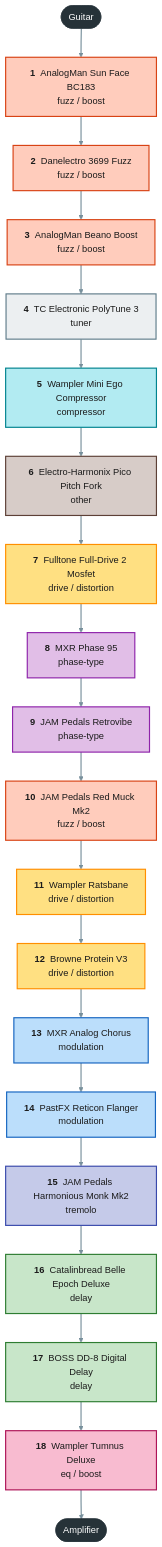
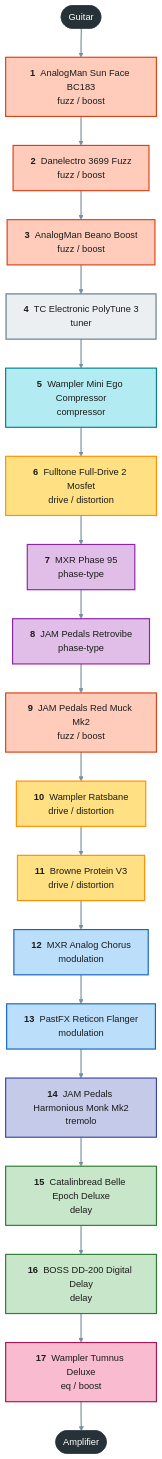
Before and after one commit to pedroacvieira/pedalboard: the first of 2 diagrams in projects/guitar-gig/README.md, drawn with Mermaid. The commit also changed other lines of this file and 8 other files, not shown here.

First line of the commit message:
guitar-gig: 2026-11-04 layout, DD-200 replaces the DD-8, Pico Pitch Fork removed

````diff
--- a/projects/guitar-gig/README.md
+++ b/projects/guitar-gig/README.md
@@ -18,36 +19,34 @@
 ```mermaid
 flowchart TB
     guitar(["Guitar"]):::endpoint
     sun_face["<b>1</b> &nbsp;AnalogMan Sun Face BC183<br/>fuzz / boost"]:::c_fuzz___boost
     danelectro_3699["<b>2</b> &nbsp;Danelectro 3699 Fuzz<br/>fuzz / boost"]:::c_fuzz___boost
     beano["<b>3</b> &nbsp;AnalogMan Beano Boost<br/>fuzz / boost"]:::c_fuzz___boost
     polytune_3["<b>4</b> &nbsp;TC Electronic PolyTune 3<br/>tuner"]:::c_tuner
     mini_ego["<b>5</b> &nbsp;Wampler Mini Ego Compressor<br/>compressor"]:::c_compressor
-    ehx_pico_pitch_fork["<b>6</b> &nbsp;Electro-Harmonix Pico Pitch Fork<br/>other"]:::c_other
-    fulldrive_2["<b>7</b> &nbsp;Fulltone Full-Drive 2 Mosfet<br/>drive / distortion"]:::c_drive___distortion
-    phase_95["<b>8</b> &nbsp;MXR Phase 95<br/>phase-type"]:::c_phase_type
-    retrovibe["<b>9</b> &nbsp;JAM Pedals Retrovibe<br/>phase-type"]:::c_phase_type
-    red_muck["<b>10</b> &nbsp;JAM Pedals Red Muck Mk2<br/>fuzz / boost"]:::c_fuzz___boost
-    ratsbane["<b>11</b> &nbsp;Wampler Ratsbane<br/>drive / distortion"]:::c_drive___distortion
-    protein["<b>12</b> &nbsp;Browne Protein V3<br/>drive / distortion"]:::c_drive___distortion
-    analog_chorus["<b>13</b> &nbsp;MXR Analog Chorus<br/>modulation"]:::c_modulation
-    reticon["<b>14</b> &nbsp;PastFX Reticon Flanger<br/>modulation"]:::c_modulation
-    monk["<b>15</b> &nbsp;JAM Pedals Harmonious Monk Mk2<br/>tremolo"]:::c_tremolo
-    belle_epoch["<b>16</b> &nbsp;Catalinbread Belle Epoch Deluxe<br/>delay"]:::c_delay
-    boss_dd8["<b>17</b> &nbsp;BOSS DD-8 Digital Delay<br/>delay"]:::c_delay
-    tumnus_deluxe["<b>18</b> &nbsp;Wampler Tumnus Deluxe<br/>eq / boost"]:::c_eq___boost
+    fulldrive_2["<b>6</b> &nbsp;Fulltone Full-Drive 2 Mosfet<br/>drive / distortion"]:::c_drive___distortion
+    phase_95["<b>7</b> &nbsp;MXR Phase 95<br/>phase-type"]:::c_phase_type
+    retrovibe["<b>8</b> &nbsp;JAM Pedals Retrovibe<br/>phase-type"]:::c_phase_type
+    red_muck["<b>9</b> &nbsp;JAM Pedals Red Muck Mk2<br/>fuzz / boost"]:::c_fuzz___boost
+    ratsbane["<b>10</b> &nbsp;Wampler Ratsbane<br/>drive / distortion"]:::c_drive___distortion
+    protein["<b>11</b> &nbsp;Browne Protein V3<br/>drive / distortion"]:::c_drive___distortion
+    analog_chorus["<b>12</b> &nbsp;MXR Analog Chorus<br/>modulation"]:::c_modulation
+    reticon["<b>13</b> &nbsp;PastFX Reticon Flanger<br/>modulation"]:::c_modulation
+    monk["<b>14</b> &nbsp;JAM Pedals Harmonious Monk Mk2<br/>tremolo"]:::c_tremolo
+    belle_epoch["<b>15</b> &nbsp;Catalinbread Belle Epoch Deluxe<br/>delay"]:::c_delay
+    boss_dd200["<b>16</b> &nbsp;BOSS DD-200 Digital Delay<br/>delay"]:::c_delay
+    tumnus_deluxe["<b>17</b> &nbsp;Wampler Tumnus Deluxe<br/>eq / boost"]:::c_eq___boost
     amp(["Amplifier"]):::endpoint
-    guitar --> sun_face --> danelectro_3699 --> beano --> polytune_3 --> mini_ego --> ehx_pico_pitch_fork --> fulldrive_2 --> phase_95 --> retrovibe --> red_muck --> ratsbane --> protein --> analog_chorus --> reticon --> monk --> belle_epoch --> boss_dd8 --> tumnus_deluxe --> amp
+    guitar --> sun_face --> danelectro_3699 --> beano --> polytune_3 --> mini_ego --> fulldrive_2 --> phase_95 --> retrovibe --> red_muck --> ratsbane --> protein --> analog_chorus --> reticon --> monk --> belle_epoch --> boss_dd200 --> tumnus_deluxe --> amp
     classDef endpoint fill:#263238,stroke:#263238,color:#ffffff
     classDef c_tuner fill:#eceff1,stroke:#607d8b,stroke-width:2px,color:#1b1b1b
     classDef c_compressor fill:#b2ebf2,stroke:#00838f,stroke-width:2px,color:#1b1b1b
     classDef c_fuzz___boost fill:#ffccbc,stroke:#d84315,stroke-width:2px,color:#1b1b1b
     classDef c_drive___distortion fill:#ffe082,stroke:#ff8f00,stroke-width:2px,color:#1b1b1b
     classDef c_phase_type fill:#e1bee7,stroke:#8e24aa,stroke-width:2px,color:#1b1b1b
     classDef c_modulation fill:#bbdefb,stroke:#1565c0,stroke-width:2px,color:#1b1b1b
     classDef c_tremolo fill:#c5cae9,stroke:#3949ab,stroke-width:2px,color:#1b1b1b
     classDef c_delay fill:#c8e6c9,stroke:#2e7d32,stroke-width:2px,color:#1b1b1b
     classDef c_eq___boost fill:#f8bbd0,stroke:#ad1457,stroke-width:2px,color:#1b1b1b
-    classDef c_other fill:#d7ccc8,stroke:#5d4037,stroke-width:2px,color:#1b1b1b
     linkStyle default stroke:#78909c,stroke-width:2px
 ```
````
